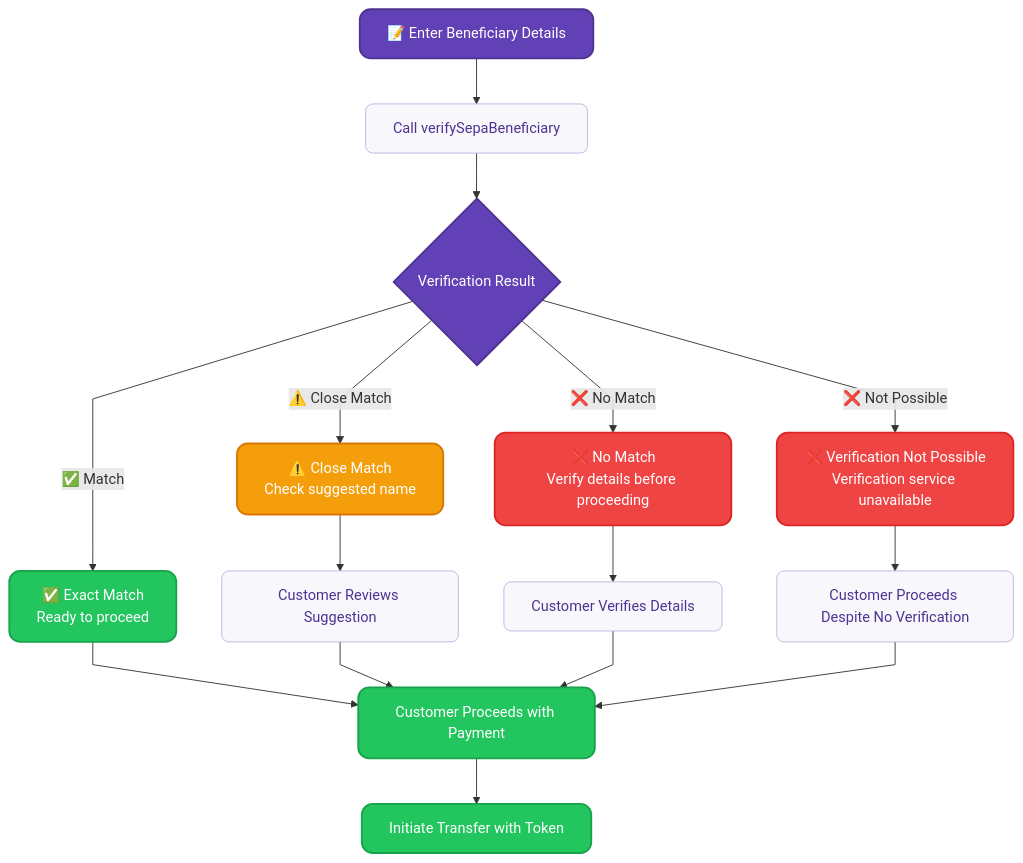
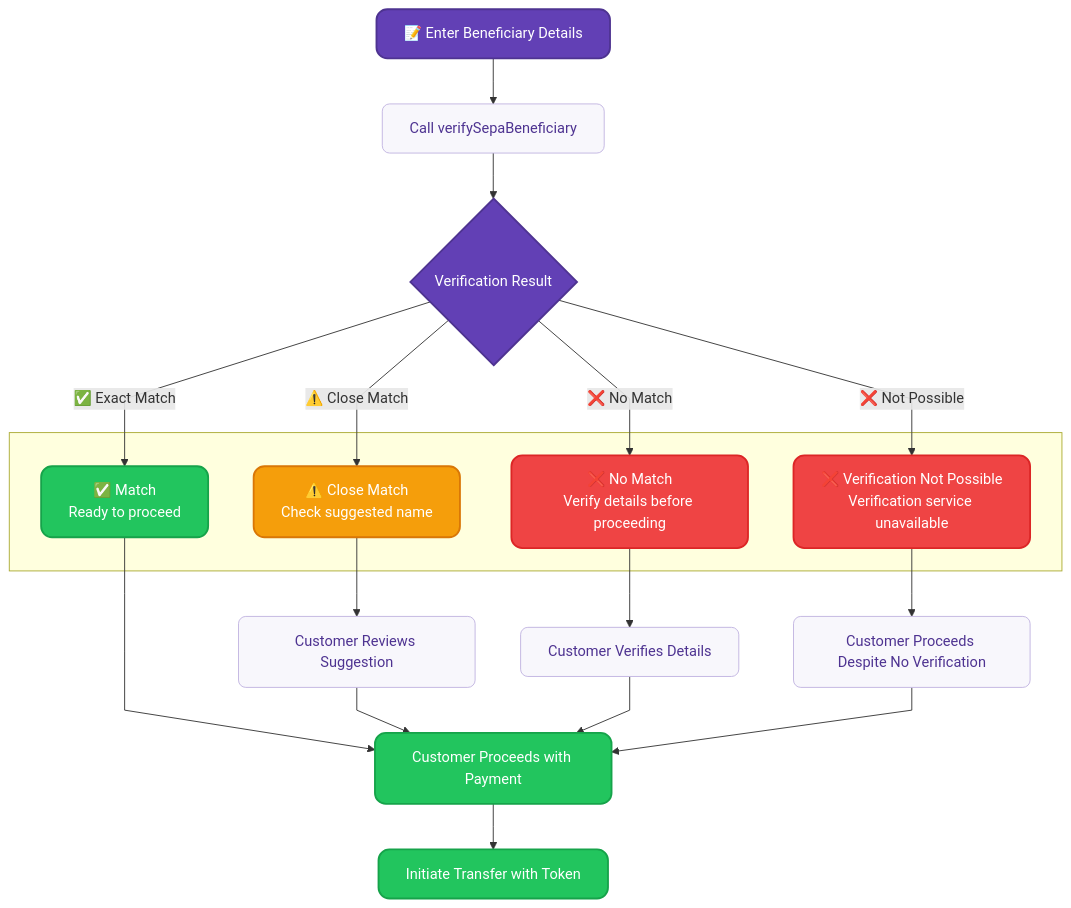
Before and after one commit to swan-io/docs: the second of 2 diagrams in docs/topics/payments/credit-transfers/sepa/verification-of-payee.mdx, drawn with Mermaid.

Commit message:
Fixed Verification diagram alignment

````diff
--- a/docs/topics/payments/credit-transfers/sepa/verification-of-payee.mdx
+++ b/docs/topics/payments/credit-transfers/sepa/verification-of-payee.mdx
@@ -151,38 +151,46 @@
 ```mermaid
 %%{ init: { 'flowchart': { 'curve': 'linear' } } }%%
 flowchart TD
     A["📝 Enter Beneficiary Details"] --> B[Call verifySepaBeneficiary]
     B --> C{Verification Result}
-    C -->|"✅ Match"| D["✅ Exact Match<br/>Ready to proceed"]
-    C -->|"⚠️ Close Match"| E["⚠️ Close Match<br/>Check suggested name"]
-    C -->|"❌ No Match"| F["❌ No Match<br/>Verify details before proceeding"]
-    C -->|"❌ Not Possible"| G["❌ Verification Not Possible<br/>Verification service unavailable"]
+    
+    subgraph " "
+        D["✅ Match<br/>Ready to proceed"]
+        E["⚠️ Close Match<br/>Check suggested name"]  
+        F["❌ No Match<br/>Verify details before proceeding"]
+        G["❌ Verification Not Possible<br/>Verification service unavailable"]
+    end
+    
+    C -->|"✅ Exact Match"| D
+    C -->|"⚠️ Close Match"| E
+    C -->|"❌ No Match"| F
+    C -->|"❌ Not Possible"| G
     
     D --> H["Customer Proceeds with Payment"]
     E --> I["Customer Reviews Suggestion"]
     F --> J["Customer Verifies Details"]
     G --> K["Customer Proceeds Despite No Verification"]
     
     I --> H
     J --> H
     K --> H
     
     H --> L["Initiate Transfer with Token"]
     
     classDef default fill:#ffffff,stroke:#6240b5,stroke-width:1px,color:#271a48,rx:12,ry:12
     classDef input fill:#6240b5,stroke:#4e3391,stroke-width:2px,color:#ffffff,rx:12,ry:12
     classDef decision fill:#6240b5,stroke:#4e3391,stroke-width:2px,color:#ffffff,rx:20,ry:20
     classDef success fill:#22c55e,stroke:#16a34a,stroke-width:2px,color:#ffffff,rx:12,ry:12
     classDef warning fill:#f59e0b,stroke:#d97706,stroke-width:2px,color:#ffffff,rx:12,ry:12
     classDef error fill:#ef4444,stroke:#dc2626,stroke-width:2px,color:#ffffff,rx:12,ry:12
     classDef process fill:#f8f7fc,stroke:#c0b3e1,stroke-width:1px,color:#4e3391,rx:8,ry:8
     classDef final fill:#22c55e,stroke:#16a34a,stroke-width:2px,color:#ffffff,rx:12,ry:12
     
     class A input
     class C decision
     class D success
     class E warning
     class F,G error
     class B,I,J,K process
     class H,L final
 ```
````
